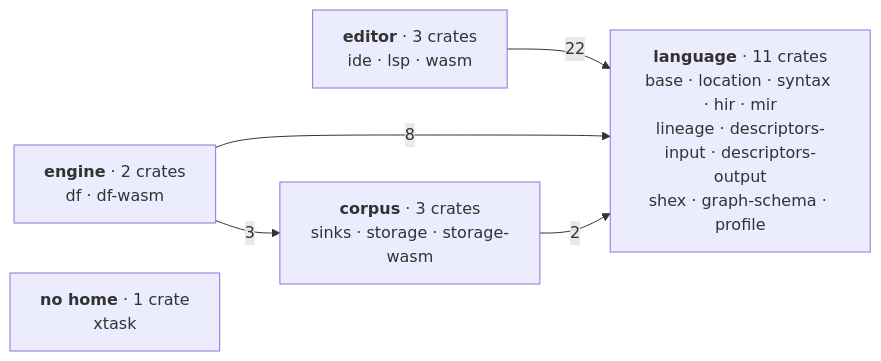
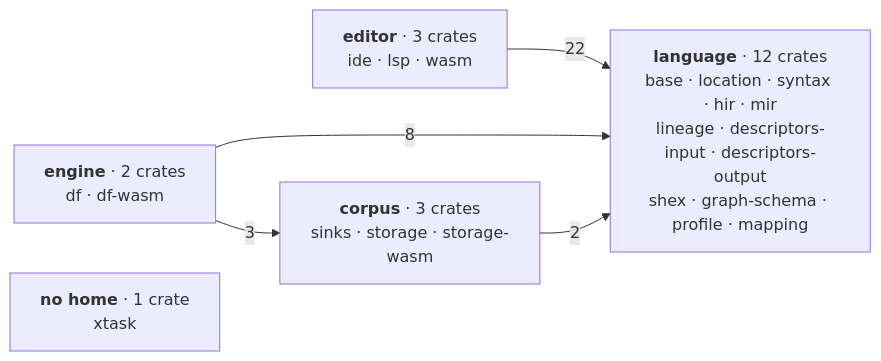
One commit to Kanzo-Tech/fossil-lang changed the first of 3 diagrams in docs/content/docs/(root)/architecture.mdx. Above: the diagram before and after it, drawn with Mermaid. The commit also changed 9 other files, not shown here.

````diff
--- a/docs/content/docs/(root)/architecture.mdx
+++ b/docs/content/docs/(root)/architecture.mdx
@@ -92,13 +92,13 @@
 ```mermaid
 graph LR
-  L["<b>language</b> · 11 crates<br/>base · location · syntax · hir · mir<br/>lineage · descriptors-input · descriptors-output<br/>shex · graph-schema · profile"]
+  L["<b>language</b> · 12 crates<br/>base · location · syntax · hir · mir<br/>lineage · descriptors-input · descriptors-output<br/>shex · graph-schema · profile · mapping"]
   E["<b>editor</b> · 3 crates<br/>ide · lsp · wasm"]
   M["<b>engine</b> · 2 crates<br/>df · df-wasm"]
   C["<b>corpus</b> · 3 crates<br/>sinks · storage · storage-wasm"]
   X["<b>no home</b> · 1 crate<br/>xtask"]
 
   E -->|22| L
   M -->|8| L
   M -->|3| C
   C -->|2| L
 ```
````
